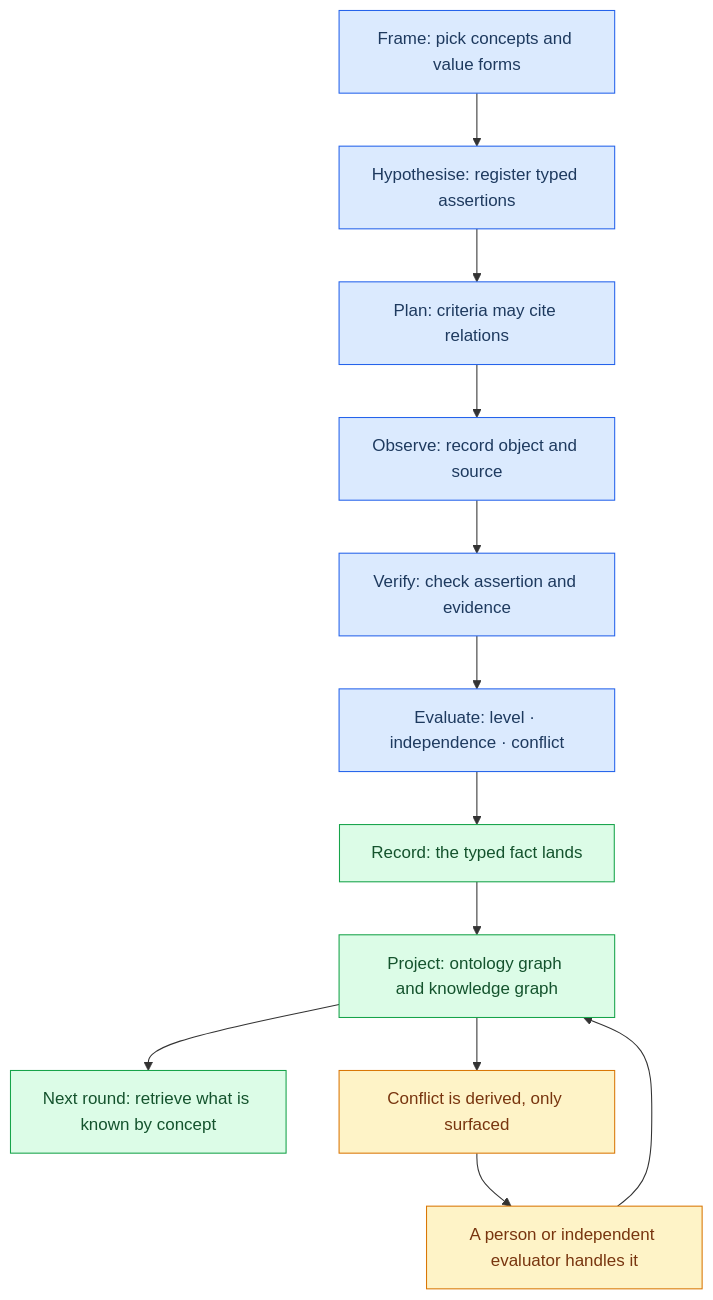
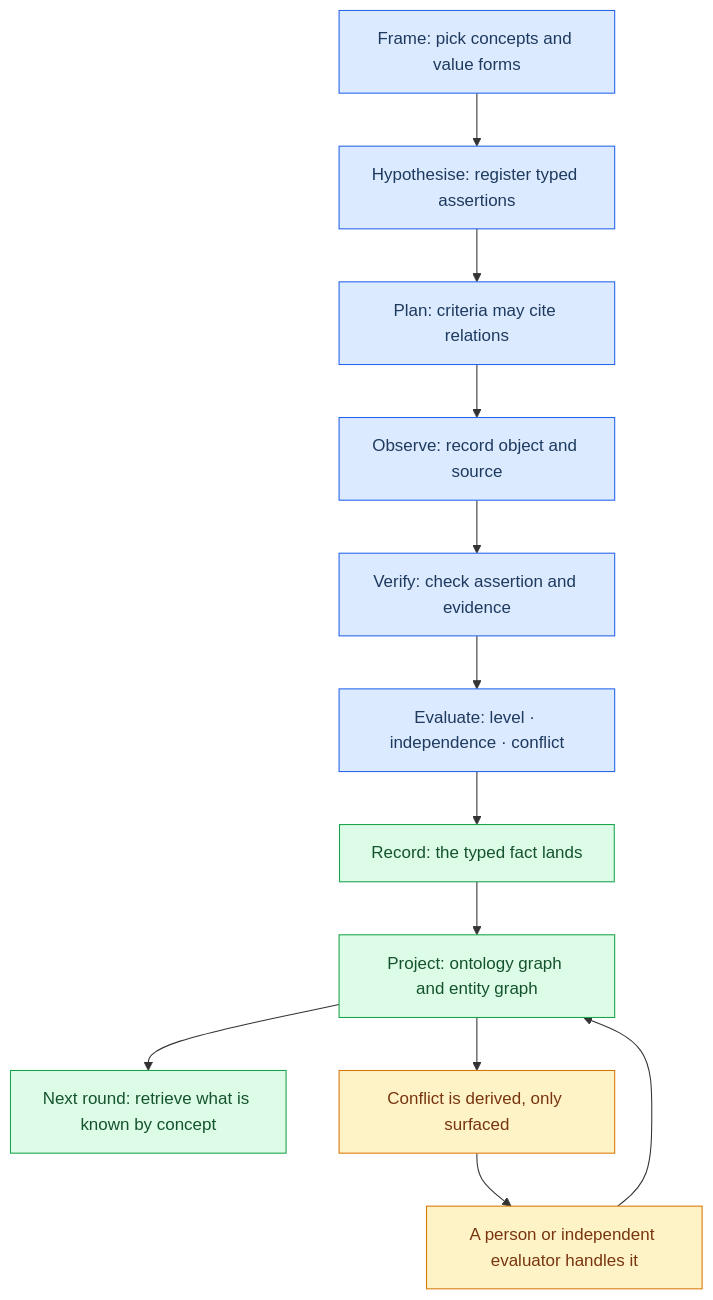
One commit to Clearailhc/clearai-dsh changed the third of 4 diagrams in docs/domain-ontology.md. Above: the diagram before and after it, drawn with Mermaid. The commit also changed other lines of this file and 26 other files, not shown here.

First line of the commit message:
docs: 术语收敛(本体图/实体图)与面板设计定案——本体融进「事实」格

````diff
--- a/docs/domain-ontology.md
+++ b/docs/domain-ontology.md
@@ -279,25 +279,25 @@
 ```mermaid
 flowchart TD
     accTitle: Domain Ontology Inside The Epistemic Loop
-    accDescr: Each beat of the loop touches the domain vocabulary, and promoted typed facts project into the knowledge graph where conflicts are surfaced but never auto-adjudicated.
+    accDescr: Each beat of the loop touches the domain vocabulary, and promoted typed facts project into the entity graph where conflicts are surfaced but never auto-adjudicated.
 
     frame["Frame: pick concepts and value forms"] --> hyp["Hypothesise: register typed assertions"]
     hyp --> plan["Plan: criteria may cite relations"]
     plan --> obs["Observe: record object and source"]
     obs --> verify["Verify: check assertion and evidence"]
     verify --> evaluate["Evaluate: level · independence · conflict"]
     evaluate --> promote["Record: the typed fact lands"]
-    promote --> project["Project: ontology graph and knowledge graph"]
+    promote --> project["Project: ontology graph and entity graph"]
     project --> next["Next round: retrieve what is known by concept"]
     project --> conflict["Conflict is derived, only surfaced"]
     conflict --> human["A person or independent evaluator handles it"]
     human --> project
 
     classDef beat fill:#dbeafe,stroke:#2563eb,color:#1e3a5f
     classDef out fill:#dcfce7,stroke:#16a34a,color:#14532d
     classDef review fill:#fef3c7,stroke:#d97706,color:#78350f
 
     class frame,hyp,plan,obs,verify,evaluate beat
     class promote,project,next out
     class conflict,human review
 ```
````
